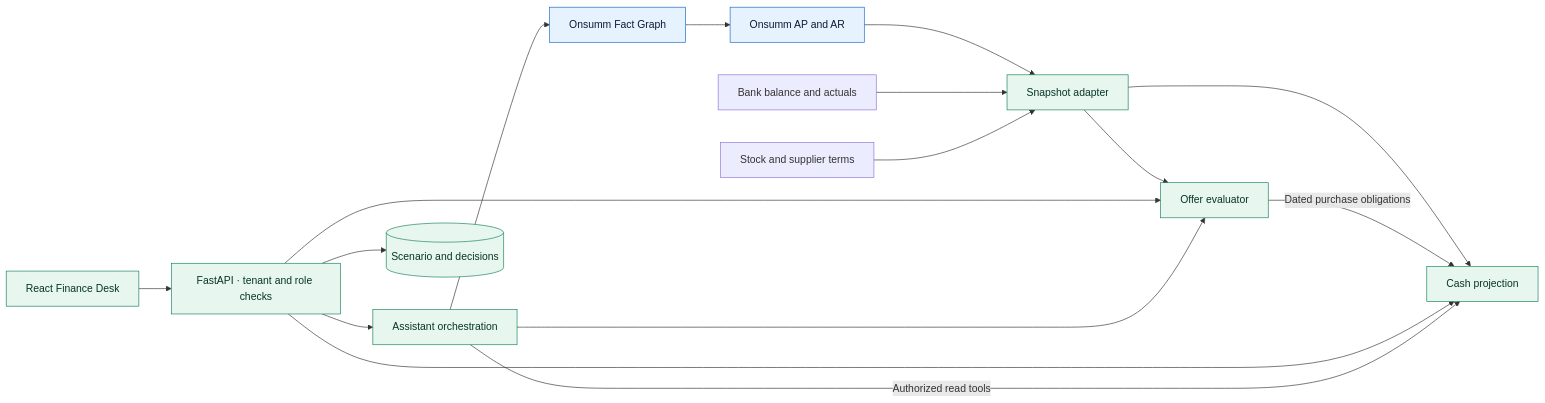
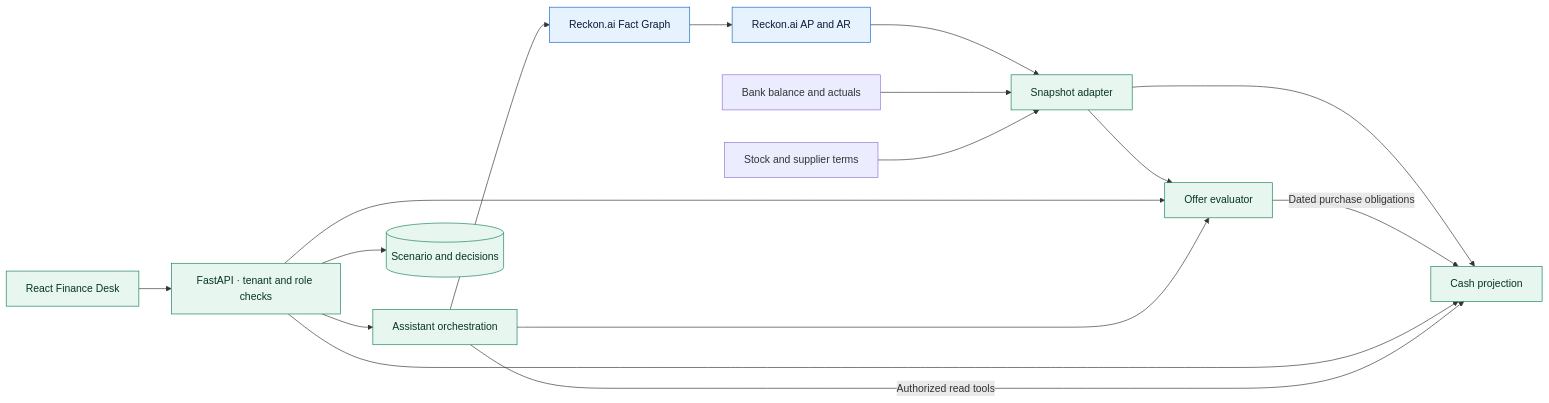
The diagram in docs/finance-desk/HLD.md (r-rishit27/equal_hackathon), drawn with Mermaid before and after one commit. The commit also changed other lines of this file and 107 other files, not shown here.

````diff
--- a/docs/finance-desk/HLD.md
+++ b/docs/finance-desk/HLD.md
@@ -7,23 +7,23 @@
 ```mermaid
 flowchart LR
     UI["React Finance Desk"] --> API["FastAPI · tenant and role checks"]
-    AP["Onsumm AP and AR"] --> Snap["Snapshot adapter"]
+    AP["Reckon.ai AP and AR"] --> Snap["Snapshot adapter"]
     Bank["Bank balance and actuals"] --> Snap
     Stock["Stock and supplier terms"] --> Snap
     Snap --> Forecast["Cash projection"]
     Snap --> Inv["Offer evaluator"]
     Inv -->|Dated purchase obligations| Forecast
     API --> Forecast
     API --> Inv
     API --> Ask["Assistant orchestration"]
     Ask -->|Authorized read tools| Forecast
     Ask --> Inv
-    Ask --> Graph["Onsumm Fact Graph"]
+    Ask --> Graph["Reckon.ai Fact Graph"]
     API --> Ledger[("Scenario and decisions")]
     Graph --> AP
 
     classDef existing fill:#e7f2ff,stroke:#1568c8,color:#0a1b33
     classDef planned fill:#e7f6ef,stroke:#15805a,color:#073528
     class AP,Graph existing
     class UI,API,Snap,Forecast,Inv,Ask,Ledger planned
 ```
````
